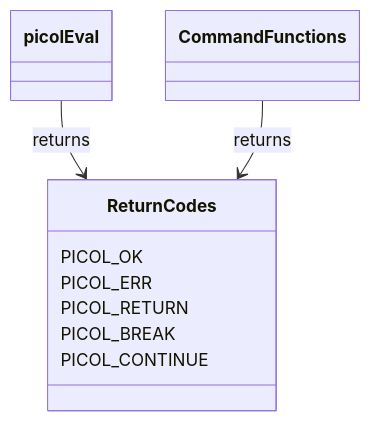
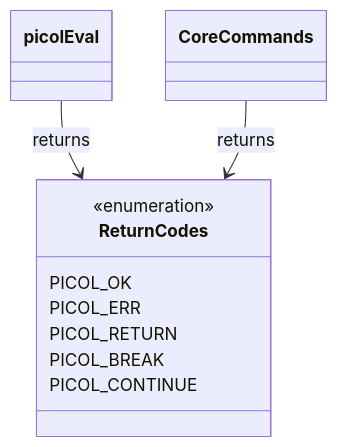
One commit to zjb1001/picol changed the fifth of 7 diagrams in docs/project_structure.md. Above: the diagram before and after it, drawn with Mermaid. The commit also changed other lines of this file and 9 other files, not shown here.

````diff
--- a/docs/project_structure.md
+++ b/docs/project_structure.md
@@ -78,13 +130,14 @@
-```mermaid
+<div class="mermaid">
 classDiagram
     class ReturnCodes {
+        <<enumeration>>
         PICOL_OK
         PICOL_ERR
         PICOL_RETURN
         PICOL_BREAK
         PICOL_CONTINUE
     }
     
     picolEval --> ReturnCodes : returns
-    CommandFunctions --> ReturnCodes : returns
-```
+    CoreCommands --> ReturnCodes : returns
+</div>
````
